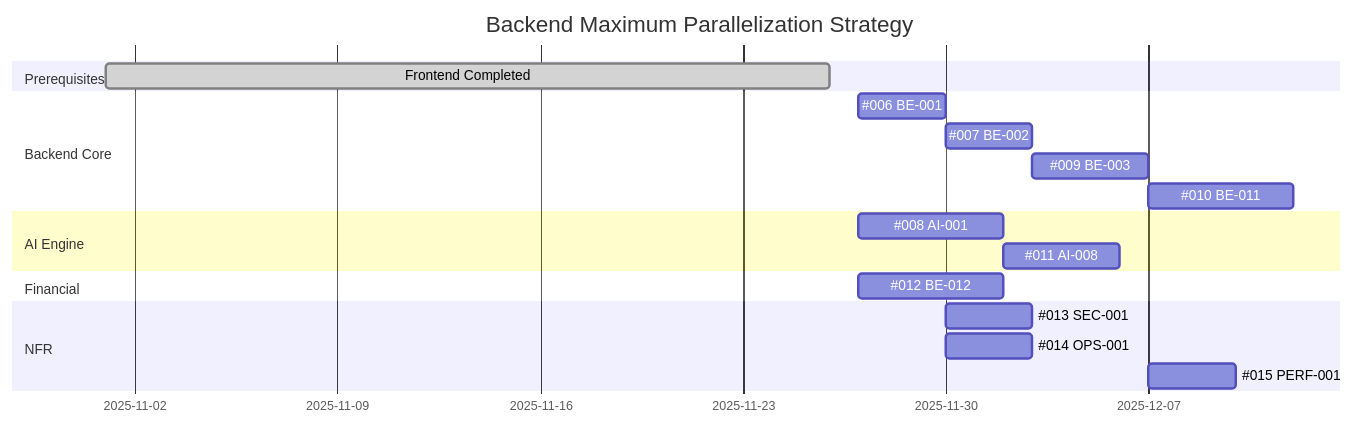
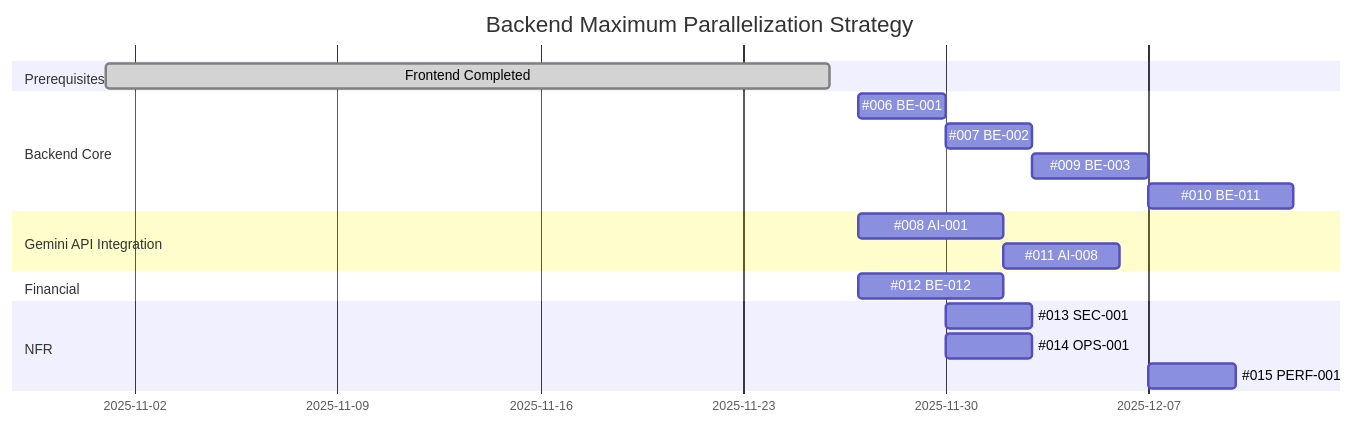
The diagram in tasks/github-issues/ISSUE_EXECUTION_PLAN.md (wild-mental/bizplan-be-inclass), drawn with Mermaid before and after one commit. The commit also changed other lines of this file and 10 other files, not shown here.

````diff
--- a/tasks/github-issues/ISSUE_EXECUTION_PLAN.md
+++ b/tasks/github-issues/ISSUE_EXECUTION_PLAN.md
@@ -142,25 +142,25 @@
 ```mermaid
 gantt
     title Backend Maximum Parallelization Strategy
     dateFormat YYYY-MM-DD
     section Prerequisites
     Frontend Completed    :done, prereq, 2025-11-01, 2025-11-26
     
     section Backend Core
     #006 BE-001           :b001, 2025-11-27, 3d
     #007 BE-002           :b002, after b001, 3d
     #009 BE-003           :b003, after b002, 4d
     #010 BE-011           :b004, after b003, 5d
     
-    section AI Engine
+    section Gemini API Integration
     #008 AI-001           :a001, 2025-11-27, 5d
     #011 AI-008           :a002, after a001, 4d
     
     section Financial
     #012 BE-012           :b005, 2025-11-27, 5d
     
     section NFR
     #013 SEC-001          :n001, after b001, 3d
     #014 OPS-001          :n002, after b001, 3d
     #015 PERF-001         :n003, after b003, 3d
 ```
````
